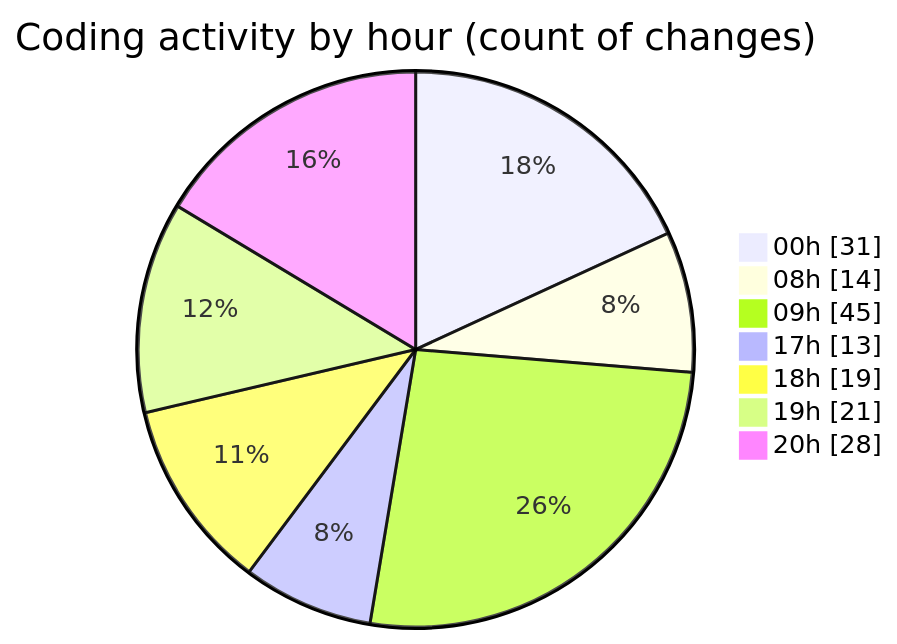
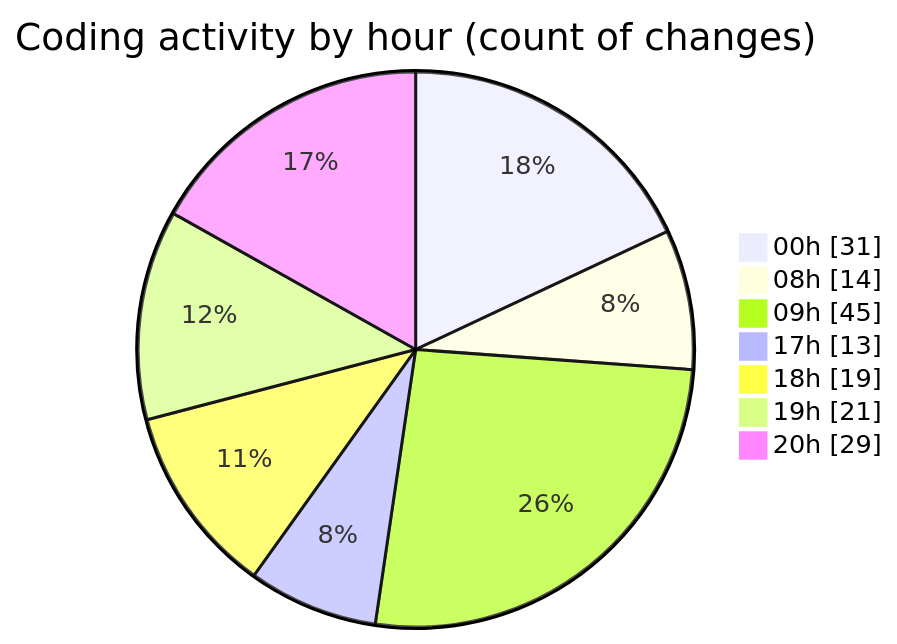
One commit to lephambinh05/code-tracking changed the second of 2 diagrams in 2025-08-03/studybuddy/README.md. Above: the diagram before and after it, drawn with Mermaid. The commit also changed other lines of this file and 1 other file, not shown here.

````diff
--- a/2025-08-03/studybuddy/README.md
+++ b/2025-08-03/studybuddy/README.md
@@ -92,11 +92,11 @@
 ```mermaid
 pie showData
 title Coding activity by hour (count of changes)
 "00h" : 31
 "08h" : 14
 "09h" : 45
 "17h" : 13
 "18h" : 19
 "19h" : 21
-"20h" : 28
+"20h" : 29
 ```
````
